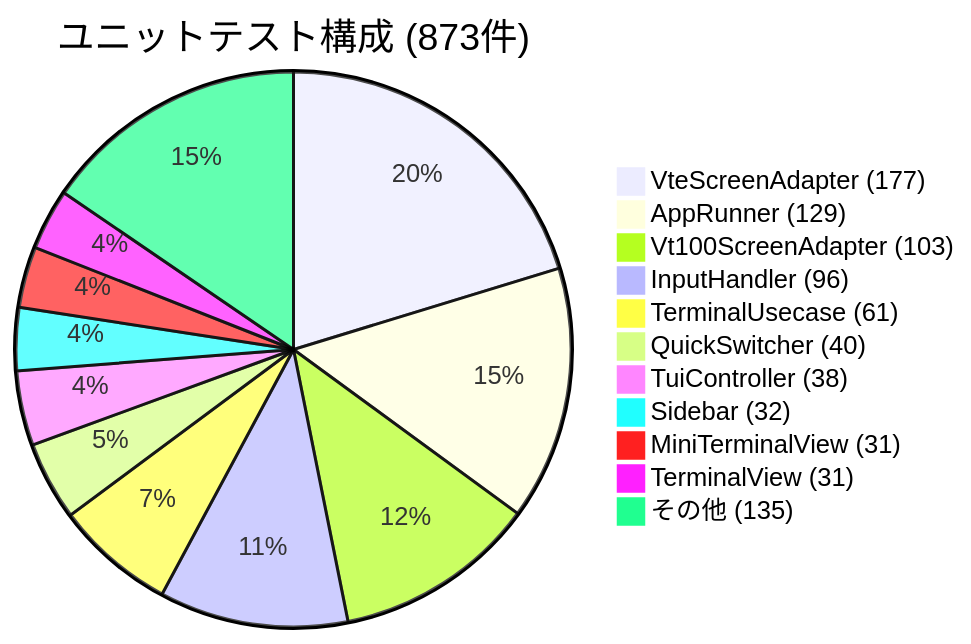
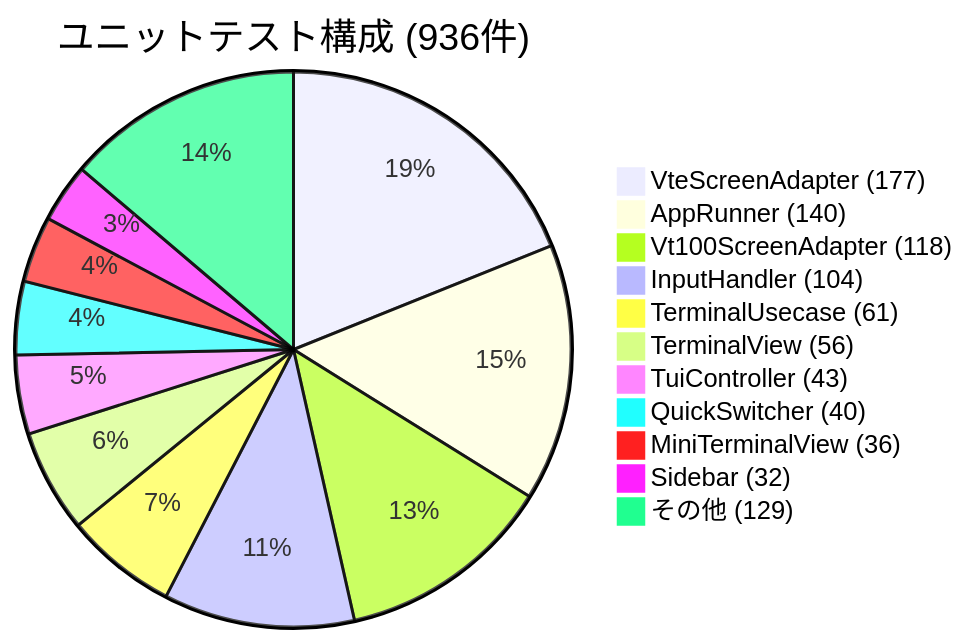
Before and after one commit to Kobayashi-takumi/cli-manager: the sixth of 6 diagrams in README.md, drawn with Mermaid. The commit also changed other lines of this file and 13 other files, not shown here.

````diff
--- a/README.md
+++ b/README.md
@@ -504,14 +524,14 @@
 ```mermaid
-pie title ユニットテスト構成 (873件)
+pie title ユニットテスト構成 (936件)
     "VteScreenAdapter (177)" : 177
-    "AppRunner (129)" : 129
-    "Vt100ScreenAdapter (103)" : 103
-    "InputHandler (96)" : 96
+    "AppRunner (140)" : 140
+    "Vt100ScreenAdapter (118)" : 118
+    "InputHandler (104)" : 104
     "TerminalUsecase (61)" : 61
+    "TerminalView (56)" : 56
+    "TuiController (43)" : 43
     "QuickSwitcher (40)" : 40
-    "TuiController (38)" : 38
+    "MiniTerminalView (36)" : 36
     "Sidebar (32)" : 32
-    "MiniTerminalView (31)" : 31
-    "TerminalView (31)" : 31
-    "その他 (135)" : 135
+    "その他 (129)" : 129
 ```
````
